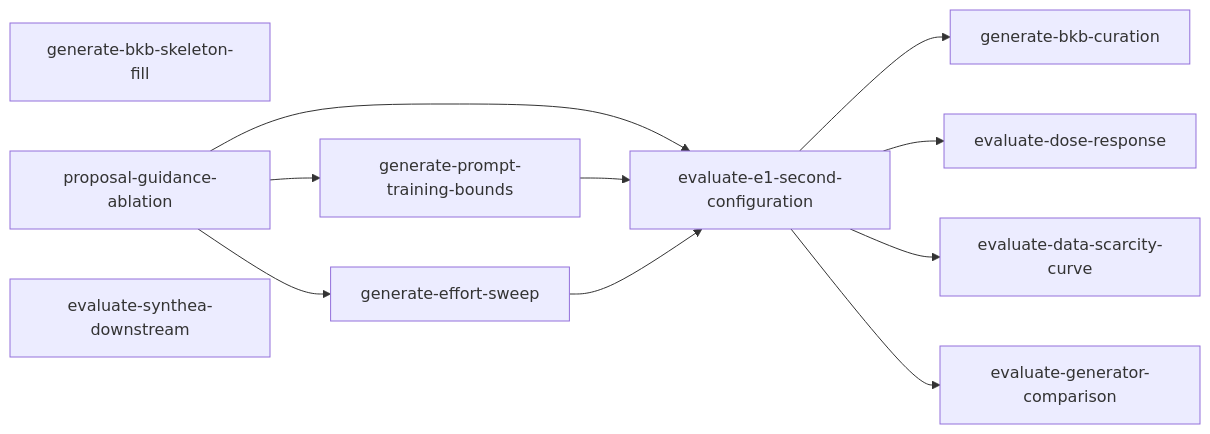
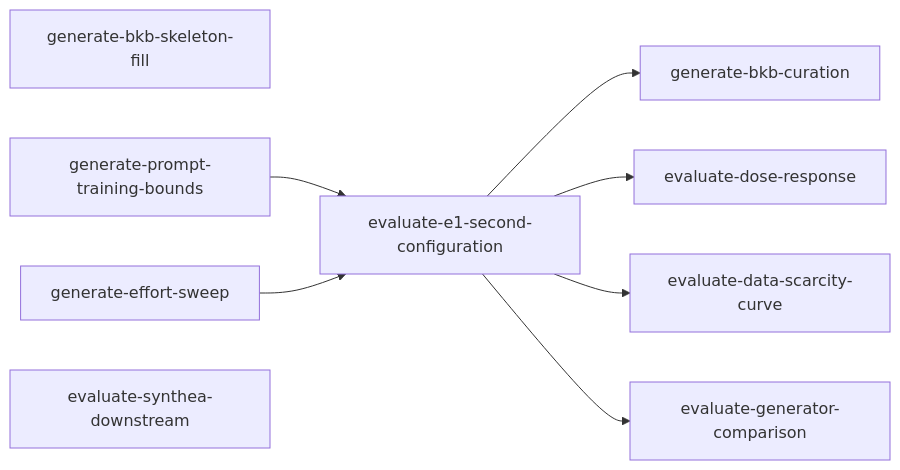
Before and after one commit to joe-dartmouth/synthetic: the diagram in tasks/experiments-index.md, drawn with Mermaid. The commit also changed other lines of this file and 16 other files, not shown here.

First line of the commit message:
Run the guidance-level ablation (#44)

````diff
--- a/tasks/experiments-index.md
+++ b/tasks/experiments-index.md
@@ -37,14 +33,11 @@
 ```mermaid
 flowchart LR
     skeleton_fill[generate-bkb-skeleton-fill]
     e1_second[evaluate-e1-second-configuration] --> bkb_curation[generate-bkb-curation]
-    guidance_ablation[proposal-guidance-ablation] --> e1_second[evaluate-e1-second-configuration]
-    guidance_ablation[proposal-guidance-ablation] --> prompt_bounds[generate-prompt-training-bounds]
-    guidance_ablation[proposal-guidance-ablation] --> effort_sweep[generate-effort-sweep]
     prompt_bounds[generate-prompt-training-bounds] --> e1_second[evaluate-e1-second-configuration]
     effort_sweep[generate-effort-sweep] --> e1_second[evaluate-e1-second-configuration]
     e1_second[evaluate-e1-second-configuration] --> dose_response[evaluate-dose-response]
     e1_second[evaluate-e1-second-configuration] --> scarcity_curve[evaluate-data-scarcity-curve]
     e1_second[evaluate-e1-second-configuration] --> generator_comparison[evaluate-generator-comparison]
     synthea_downstream[evaluate-synthea-downstream]
 ```
````
